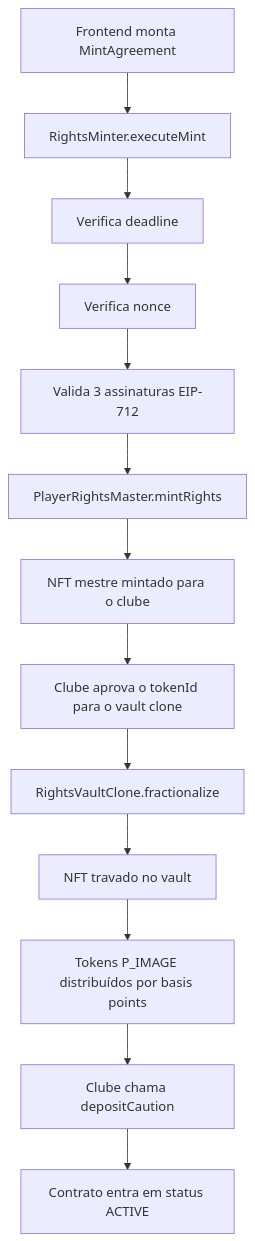
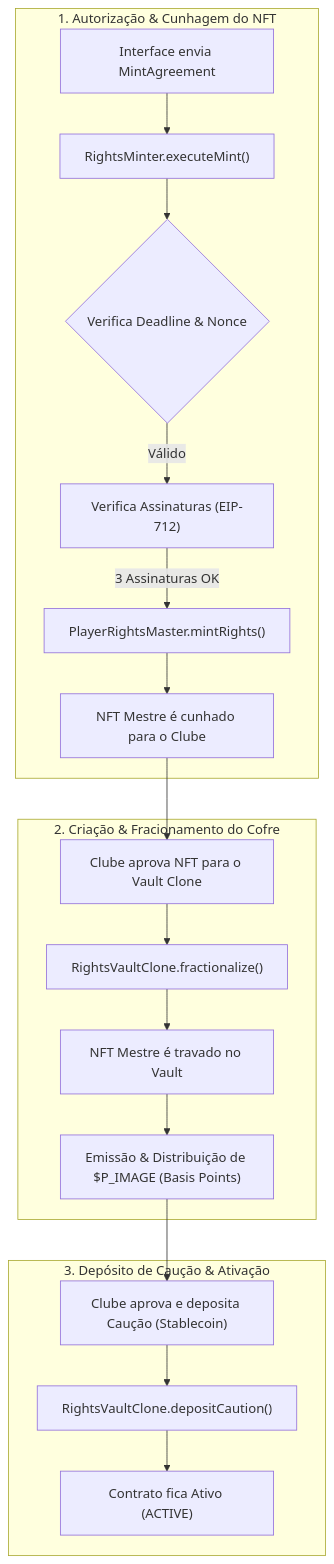
Before and after one commit to wnccys/ePass: the second of 2 diagrams in README.md, drawn with Mermaid. The commit also changed other lines of this file and 1 other file, not shown here.

````diff
--- a/README.md
+++ b/README.md
@@ -66,15 +76,23 @@
 ```mermaid
 flowchart TD
-    A[Frontend monta MintAgreement] --> B[RightsMinter.executeMint]
-    B --> C[Verifica deadline]
-    C --> D[Verifica nonce]
-    D --> E[Valida 3 assinaturas EIP-712]
-    E --> F[PlayerRightsMaster.mintRights]
-    F --> G[NFT mestre mintado para o clube]
-    G --> H[Clube aprova o tokenId para o vault clone]
-    H --> I[RightsVaultClone.fractionalize]
-    I --> J[NFT travado no vault]
-    J --> K[Tokens P_IMAGE distribuídos por basis points]
-    K --> L[Clube chama depositCaution]
-    L --> M[Contrato entra em status ACTIVE]
+    subgraph Registro["1. Autorização & Cunhagem do NFT"]
+        A["Interface envia MintAgreement"] --> B["RightsMinter.executeMint()"]
+        B --> C{"Verifica Deadline & Nonce"}
+        C -->|Válido| D["Verifica Assinaturas (EIP-712)"]
+        D -->|3 Assinaturas OK| E["PlayerRightsMaster.mintRights()"]
+        E --> F["NFT Mestre é cunhado para o Clube"]
+    end
+
+    subgraph Fracionamento["2. Criação & Fracionamento do Cofre"]
+        F --> G["Clube aprova NFT para o Vault Clone"]
+        G --> H["RightsVaultClone.fractionalize()"]
+        H --> I["NFT Mestre é travado no Vault"]
+        I --> J["Emissão & Distribuição de $P_IMAGE (Basis Points)"]
+    end
+
+    subgraph Ativacao["3. Depósito de Caução & Ativação"]
+        J --> K["Clube aprova e deposita Caução (Stablecoin)"]
+        K --> L["RightsVaultClone.depositCaution()"]
+        L --> M["Contrato fica Ativo (ACTIVE)"]
+    end
 ```
````
